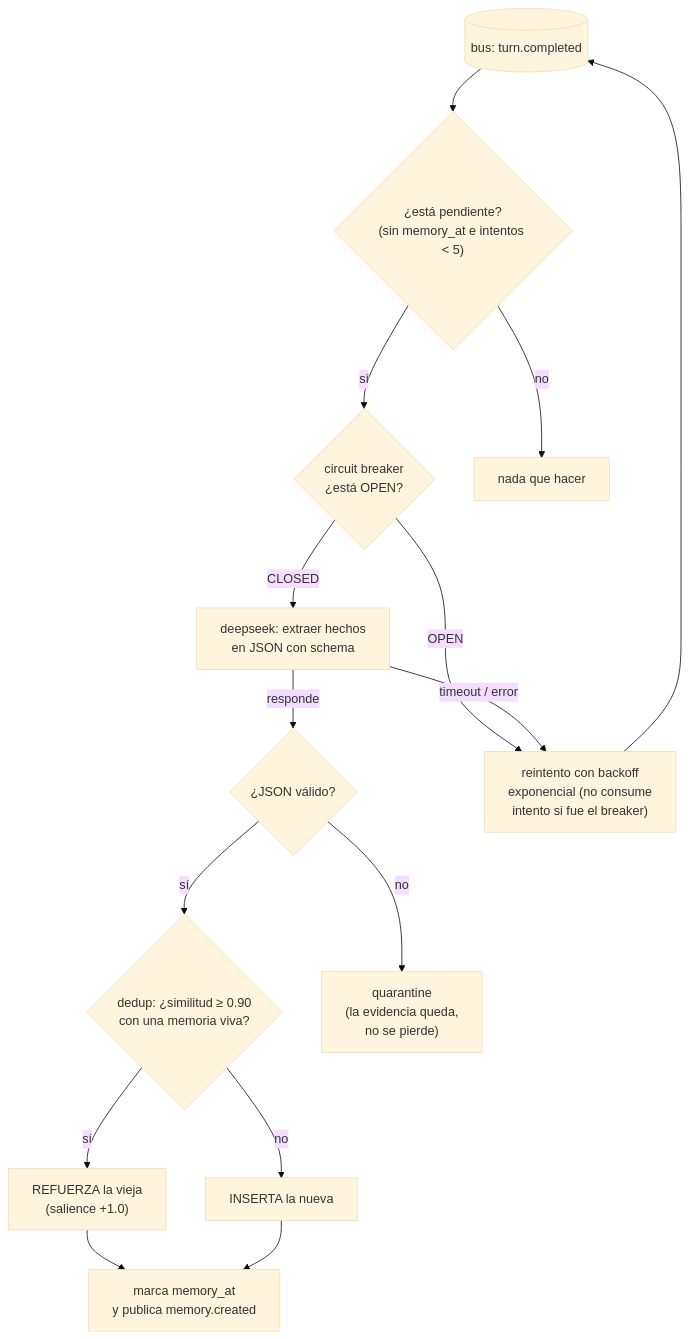
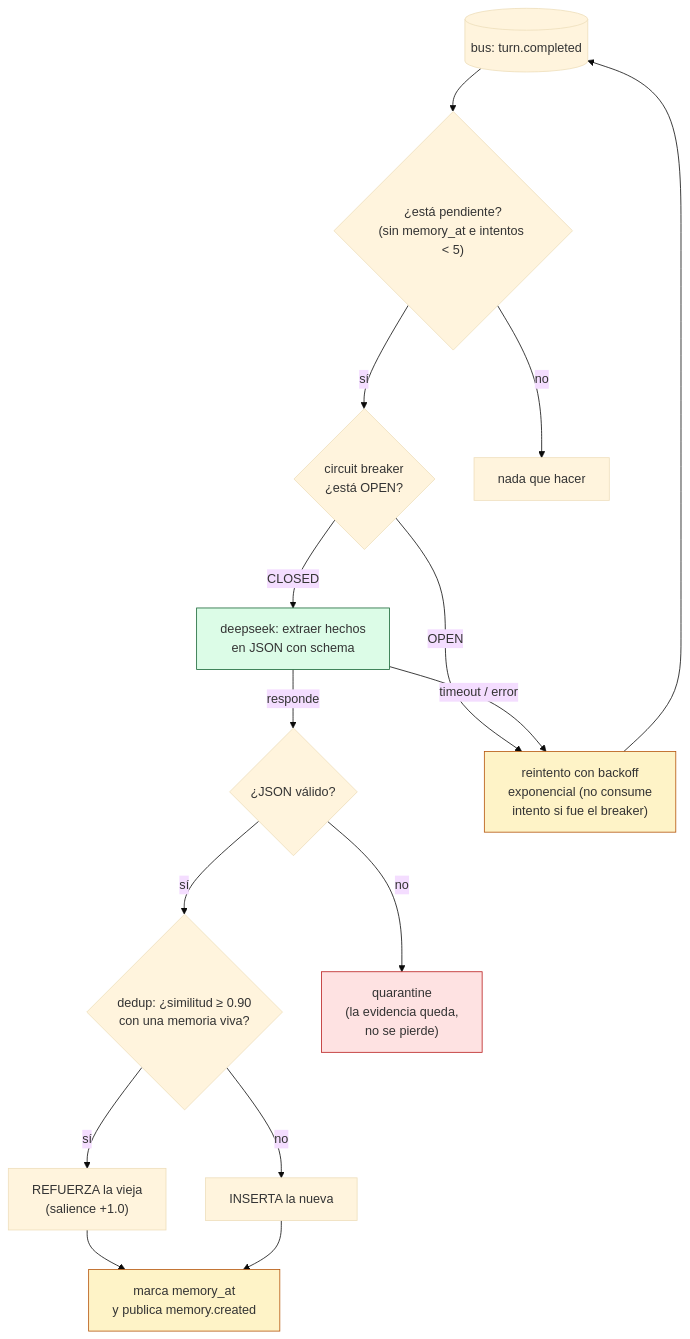
One commit to damian-rafael-lattenero/agent-brain changed the third of 7 diagrams in docs/ai-engineering-mapa-y-diccionario.md. Above: the diagram before and after it, drawn with Mermaid (base theme). The commit also changed other lines of this file, not shown here.

````diff
--- a/docs/ai-engineering-mapa-y-diccionario.md
+++ b/docs/ai-engineering-mapa-y-diccionario.md
@@ -269,29 +299,38 @@
 ```mermaid
 flowchart TB
     BUS[("bus: turn.completed")]
     Q{"¿está pendiente?<br/>(sin memory_at e intentos < 5)"}
     BR{"circuit breaker<br/>¿está OPEN?"}
     DS["deepseek: extraer hechos<br/>en JSON con schema"]
     OK{"¿JSON válido?"}
     DEDUP{"dedup: ¿similitud ≥ 0.90<br/>con una memoria viva?"}
     REIN["REFUERZA la vieja<br/>(salience +1.0)"]
     INS["INSERTA la nueva"]
     QUAR["quarantine<br/>(la evidencia queda,<br/>no se pierde)"]
     MARK["marca memory_at<br/>y publica memory.created"]
     WAIT["reintento con backoff<br/>exponencial (no consume<br/>intento si fue el breaker)"]
 
     BUS --> Q
     Q -->|no| DONE["nada que hacer"]
     Q -->|sí| BR
     BR -->|OPEN| WAIT
     BR -->|CLOSED| DS
     DS -->|timeout / error| WAIT
     DS -->|responde| OK
     OK -->|no| QUAR
     OK -->|sí| DEDUP
     DEDUP -->|sí| REIN
     DEDUP -->|no| INS
     REIN --> MARK
     INS --> MARK
     WAIT --> BUS
+
+    classDef data fill:#dbeafe,stroke:#1e40af
+    classDef model fill:#dcfce7,stroke:#166534
+    classDef reject fill:#fee2e2,stroke:#b91c1c
+    classDef retry fill:#fef3c7,stroke:#b45309
+    class PG data
+    class DS model
+    class QUAR reject
+    class WAIT,MARK retry
 ```
````
